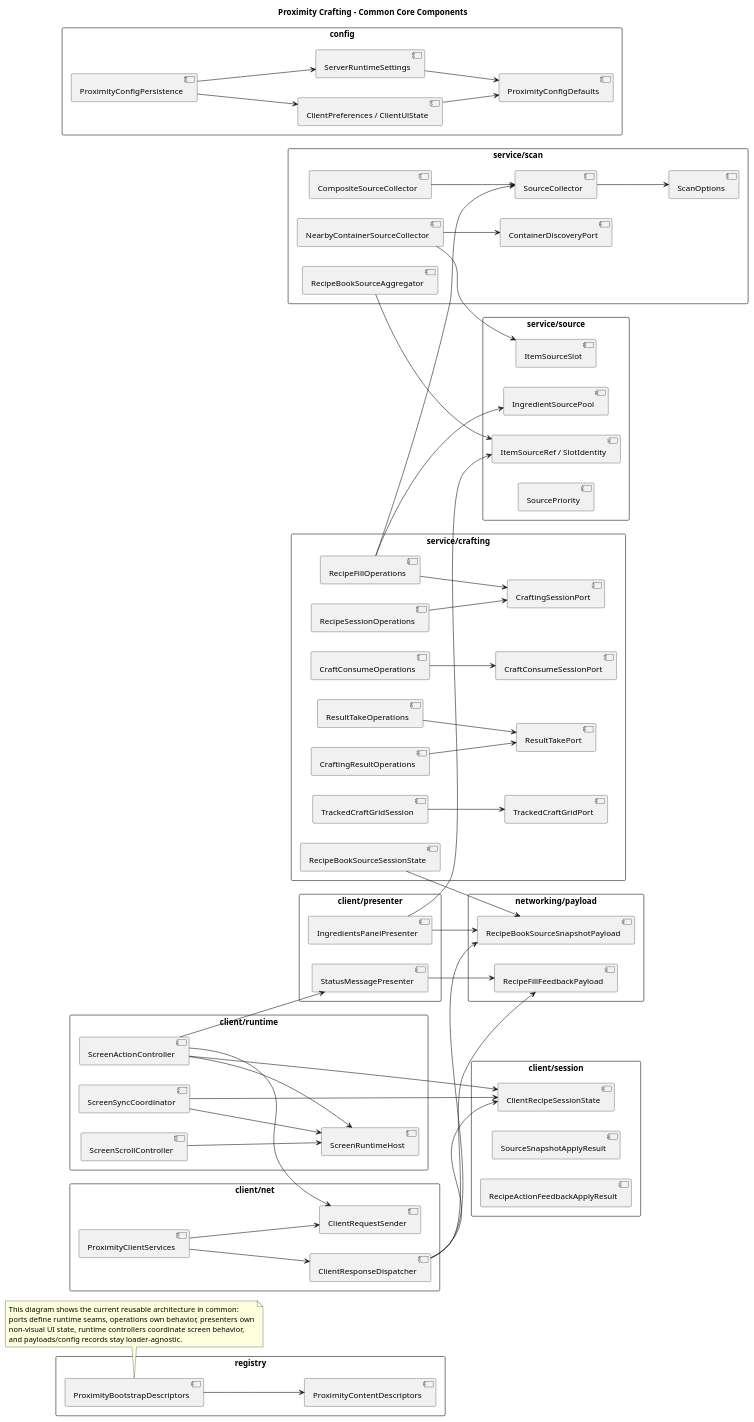
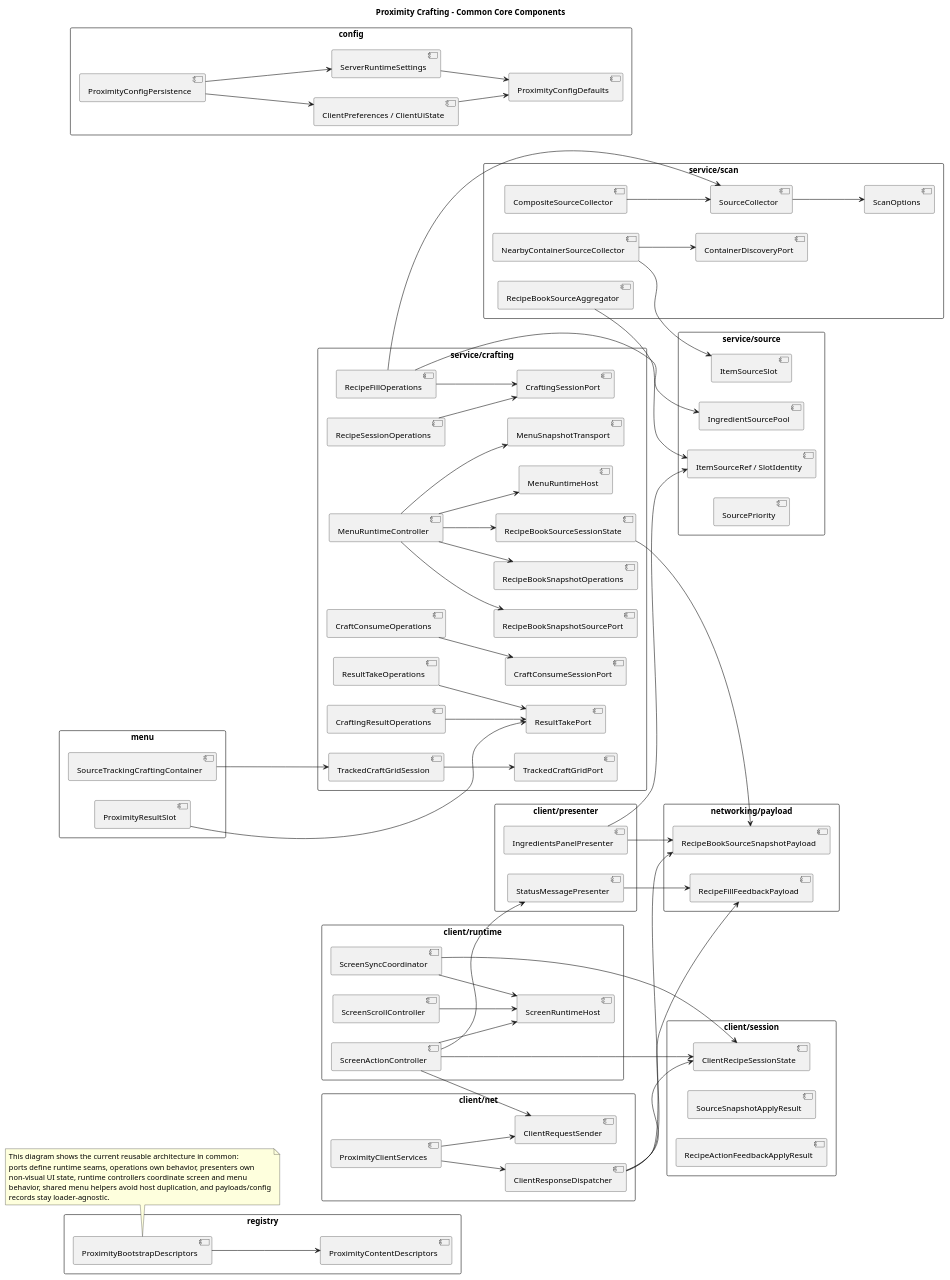
The diagram in docs/architecture/02-common-core-components.puml (Maeiro/Nearby-Crafting), drawn with PlantUML before and after one commit. The commit also changed 20 other files, not shown here.

Commit message:
refactor(menu): extract shared menu runtime core

```diff
--- a/docs/architecture/02-common-core-components.puml
+++ b/docs/architecture/02-common-core-components.puml
@@ -1,124 +1,142 @@
 @startuml
 title Proximity Crafting - Common Core Components
 left to right direction
 skinparam shadowing false
 skinparam packageStyle rectangle
 
 package "service/source" as SourcePkg {
   component "ItemSourceSlot" as ItemSourceSlot
   component "IngredientSourcePool" as IngredientSourcePool
   component "ItemSourceRef / SlotIdentity" as ItemSourceRef
   component "SourcePriority" as SourcePriority
 }
 
 package "service/scan" as ScanPkg {
   component "SourceCollector" as SourceCollector
   component "ContainerDiscoveryPort" as ContainerDiscoveryPort
   component "CompositeSourceCollector" as CompositeCollector
   component "NearbyContainerSourceCollector" as NearbyCollector
   component "RecipeBookSourceAggregator" as SourceAggregator
   component "ScanOptions" as ScanOptions
 }
 
 package "service/crafting" as CraftingPkg {
   component "CraftingSessionPort" as CraftingSessionPort
   component "CraftConsumeSessionPort" as CraftConsumeSessionPort
   component "ResultTakePort" as ResultTakePort
   component "TrackedCraftGridPort" as TrackedGridPort
+  component "MenuRuntimeHost" as MenuRuntimeHost
+  component "MenuSnapshotTransport" as MenuSnapshotTransport
+  component "RecipeBookSnapshotSourcePort" as SnapshotSourcePort
+  component "RecipeBookSnapshotOperations" as SnapshotOps
+  component "MenuRuntimeController" as MenuRuntimeController
   component "RecipeFillOperations" as RecipeFillOps
   component "CraftConsumeOperations" as CraftConsumeOps
   component "CraftingResultOperations" as CraftingResultOps
   component "RecipeSessionOperations" as RecipeSessionOps
   component "ResultTakeOperations" as ResultTakeOps
   component "TrackedCraftGridSession" as TrackedGridSession
   component "RecipeBookSourceSessionState" as RecipeBookSession
+}
+
+package "menu" as MenuPkg {
+  component "SourceTrackingCraftingContainer" as TrackedContainer
+  component "ProximityResultSlot" as SharedResultSlot
 }
 
 package "client/net" as ClientNetPkg {
   component "ClientRequestSender" as ClientRequestSender
   component "ClientResponseDispatcher" as ClientResponseDispatcher
   component "ProximityClientServices" as ProximityClientServices
 }
 
 package "client/session" as ClientSessionPkg {
   component "ClientRecipeSessionState" as ClientRecipeSessionState
   component "SourceSnapshotApplyResult" as SourceSnapshotApplyResult
   component "RecipeActionFeedbackApplyResult" as RecipeActionFeedbackApplyResult
 }
 
 package "client/runtime" as ClientRuntimePkg {
   component "ScreenRuntimeHost" as ScreenRuntimeHost
   component "ScreenActionController" as ScreenActionController
   component "ScreenSyncCoordinator" as ScreenSyncCoordinator
   component "ScreenScrollController" as ScreenScrollController
 }
 
 package "client/presenter" as PresenterPkg {
   component "IngredientsPanelPresenter" as IngredientsPanelPresenter
   component "StatusMessagePresenter" as StatusMessagePresenter
 }
 
 package "config" as ConfigPkg {
   component "ProximityConfigDefaults" as ProximityConfigDefaults
   component "ClientPreferences / ClientUiState" as ClientConfigModels
   component "ServerRuntimeSettings" as ServerRuntimeSettings
   component "ProximityConfigPersistence" as ConfigPersistence
 }
 
 package "networking/payload" as PayloadPkg {
   component "RecipeBookSourceSnapshotPayload" as SnapshotPayload
   component "RecipeFillFeedbackPayload" as FeedbackPayload
 }
 
 package "registry" as RegistryPkg {
   component "ProximityContentDescriptors" as ContentDescriptors
   component "ProximityBootstrapDescriptors" as BootstrapDescriptors
 }
 
 SourceCollector --> ScanOptions
 CompositeCollector --> SourceCollector
 NearbyCollector --> ContainerDiscoveryPort
 NearbyCollector --> ItemSourceSlot
 SourceAggregator --> ItemSourceRef
 
 RecipeFillOps --> CraftingSessionPort
 RecipeFillOps --> SourceCollector
 RecipeFillOps --> IngredientSourcePool
 CraftConsumeOps --> CraftConsumeSessionPort
 CraftingResultOps --> ResultTakePort
 RecipeSessionOps --> CraftingSessionPort
 ResultTakeOps --> ResultTakePort
+MenuRuntimeController --> MenuRuntimeHost
+MenuRuntimeController --> MenuSnapshotTransport
+MenuRuntimeController --> SnapshotSourcePort
+MenuRuntimeController --> SnapshotOps
+MenuRuntimeController --> RecipeBookSession
 TrackedGridSession --> TrackedGridPort
 RecipeBookSession --> SnapshotPayload
+TrackedContainer --> TrackedGridSession
+SharedResultSlot --> ResultTakePort
 
 ClientResponseDispatcher --> ClientRecipeSessionState
 ClientResponseDispatcher --> SnapshotPayload
 ClientResponseDispatcher --> FeedbackPayload
 ProximityClientServices --> ClientRequestSender
 ProximityClientServices --> ClientResponseDispatcher
 ScreenActionController --> ScreenRuntimeHost
 ScreenActionController --> ClientRecipeSessionState
 ScreenActionController --> ClientRequestSender
 ScreenActionController --> StatusMessagePresenter
 ScreenSyncCoordinator --> ScreenRuntimeHost
 ScreenSyncCoordinator --> ClientRecipeSessionState
 ScreenScrollController --> ScreenRuntimeHost
 
 IngredientsPanelPresenter --> SnapshotPayload
 IngredientsPanelPresenter --> ItemSourceRef
 StatusMessagePresenter --> FeedbackPayload
 
 ConfigPersistence --> ClientConfigModels
 ConfigPersistence --> ServerRuntimeSettings
 ClientConfigModels --> ProximityConfigDefaults
 ServerRuntimeSettings --> ProximityConfigDefaults
 
 BootstrapDescriptors --> ContentDescriptors
 
 note bottom
 This diagram shows the current reusable architecture in common:
 ports define runtime seams, operations own behavior, presenters own
-non-visual UI state, runtime controllers coordinate screen behavior,
-and payloads/config records stay loader-agnostic.
+non-visual UI state, runtime controllers coordinate screen and menu
+behavior, shared menu helpers avoid host duplication, and payloads/config
+records stay loader-agnostic.
 end note
 @enduml
```
